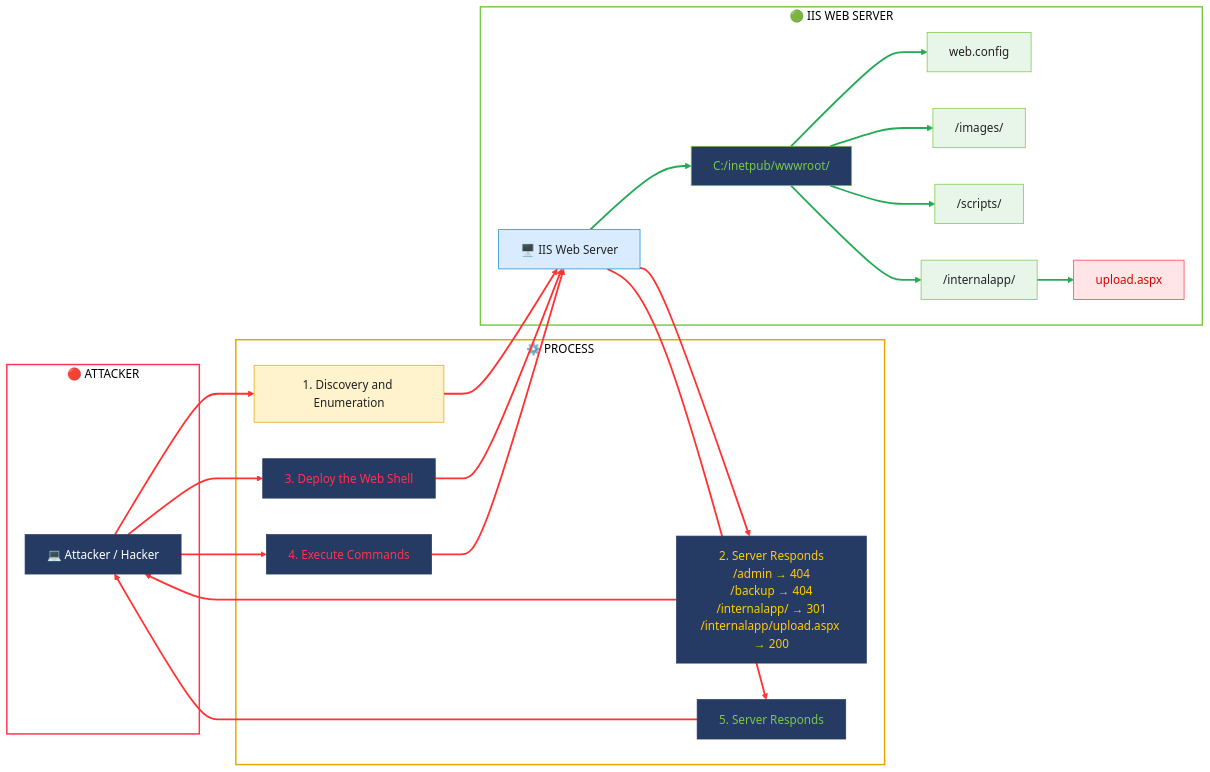
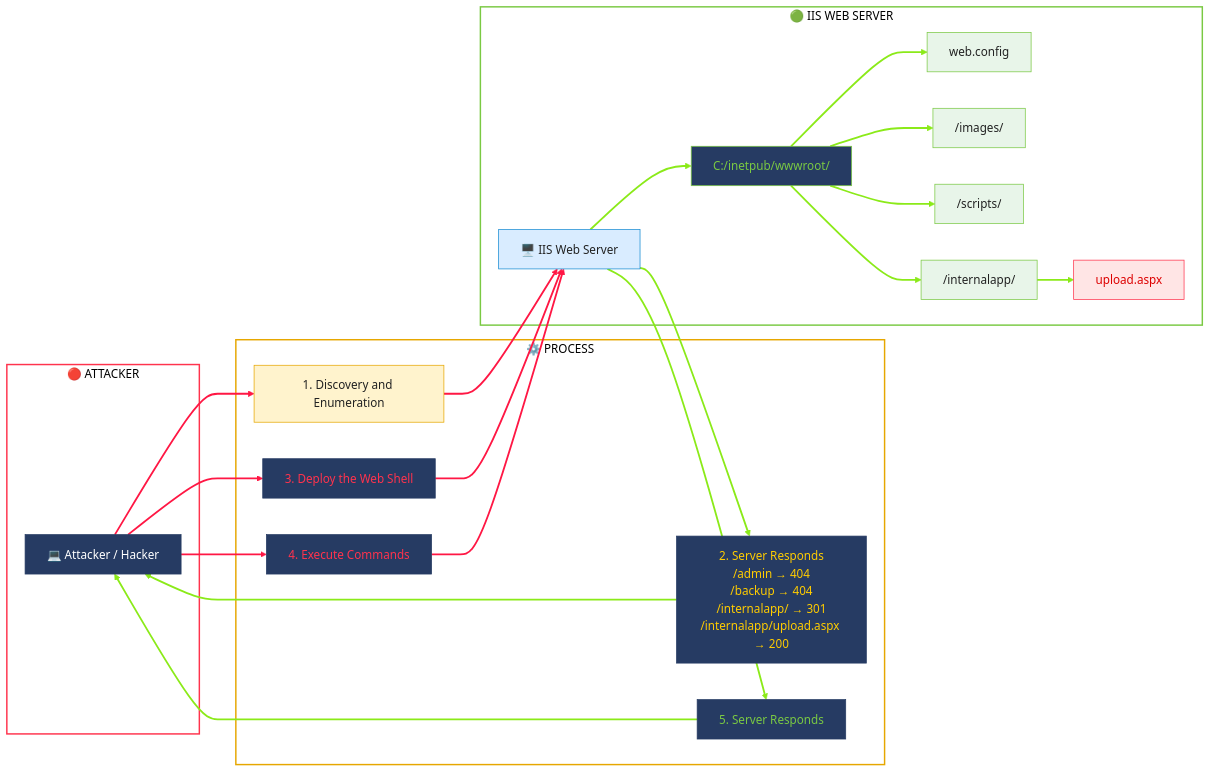
One commit to farizrepo/soc changed the diagram in 01-Active-Directory/Initial-Access-Investigation.md. Above: the diagram before and after it, drawn with Mermaid.

````diff
--- a/01-Active-Directory/Initial-Access-Investigation.md
+++ b/01-Active-Directory/Initial-Access-Investigation.md
@@ -4,69 +4,69 @@
 ```mermaid
 graph LR;
 subgraph ATTACKER["🔴 ATTACKER"]
         A["💻 Attacker / Hacker"]
     end
 
     subgraph PROCESS["⚙️ PROCESS"]
         P1["1. Discovery and Enumeration"]
         P2["2. Server Responds<br/>/admin → 404<br/>/backup → 404<br/>/internalapp/ → 301<br/>/internalapp/upload.aspx → 200"]
         P3["3. Deploy the Web Shell"]
         P4["4. Execute Commands"]
         P5["5. Server Responds"]
     end
 
     subgraph SERVER["🟢 IIS WEB SERVER"]
         S1["🖥️ IIS Web Server"]
         S2["C:/inetpub/wwwroot/"]
         S3["web.config"]
         S4["/images/"]
         S5["/scripts/"]
         S6["/internalapp/"]
         S7["upload.aspx"]
 
         S1 --> S2
         S2 --> S3
         S2 --> S4
         S2 --> S5
         S2 --> S6
         S6 --> S7
     end
 
     A --> P1
     P1 --> S1
     S1 --> P2
     P2 --> A
     A --> P3
     P3 --> S1
     A --> P4
     P4 --> S1
     S1 --> P5
     P5 --> A
 
     %% BOX COLORS
     style ATTACKER fill:#ffffff,stroke:#ff334d,stroke-width:2px,color:#000
     style PROCESS fill:#ffffff,stroke:#e6a700,stroke-width:2px,color:#000
     style SERVER fill:#ffffff,stroke:#7ac943,stroke-width:2px,color:#000
 
     %% NODE COLORS
     style A fill:#263b63,color:#ffffff,stroke:#263b63
     style P1 fill:#fff3cd,color:#222,stroke:#e6a700
     style P2 fill:#263b63,color:#ffcc00,stroke:#263b63
     style P3 fill:#263b63,color:#ff334d,stroke:#263b63
     style P4 fill:#263b63,color:#ff334d,stroke:#263b63
     style P5 fill:#263b63,color:#7ac943,stroke:#263b63
 
     style S1 fill:#d9ecff,color:#222,stroke:#168bd2
     style S2 fill:#263b63,color:#7ac943,stroke:#7ac943
     style S3 fill:#e8f5e9,color:#222,stroke:#7ac943
     style S4 fill:#e8f5e9,color:#222,stroke:#7ac943
     style S5 fill:#e8f5e9,color:#222,stroke:#7ac943
     style S6 fill:#e8f5e9,color:#222,stroke:#7ac943
     style S7 fill:#ffe5e5,color:#d00,stroke:#ff334d
 
-      %% DIRECTORY TREE - GREEN
-    linkStyle 0,1,2,3,4,5 stroke:#22aa55,stroke-width:2.5px
+ %% DIRECTORY TREE - GREEN
+    linkStyle 0,1,2,3,4,5,8,9,14,15 stroke:#8bea19,stroke-width:2.5px
 
     %% REQUEST FLOW - RED
-    linkStyle 6,7,8,9,10,11,12,13,14,15 stroke:#ff3333,stroke-width:2.5px
+    linkStyle 6,7,10,11,12,13 stroke:#ff1744,stroke-width:2.5px
 ```
````
